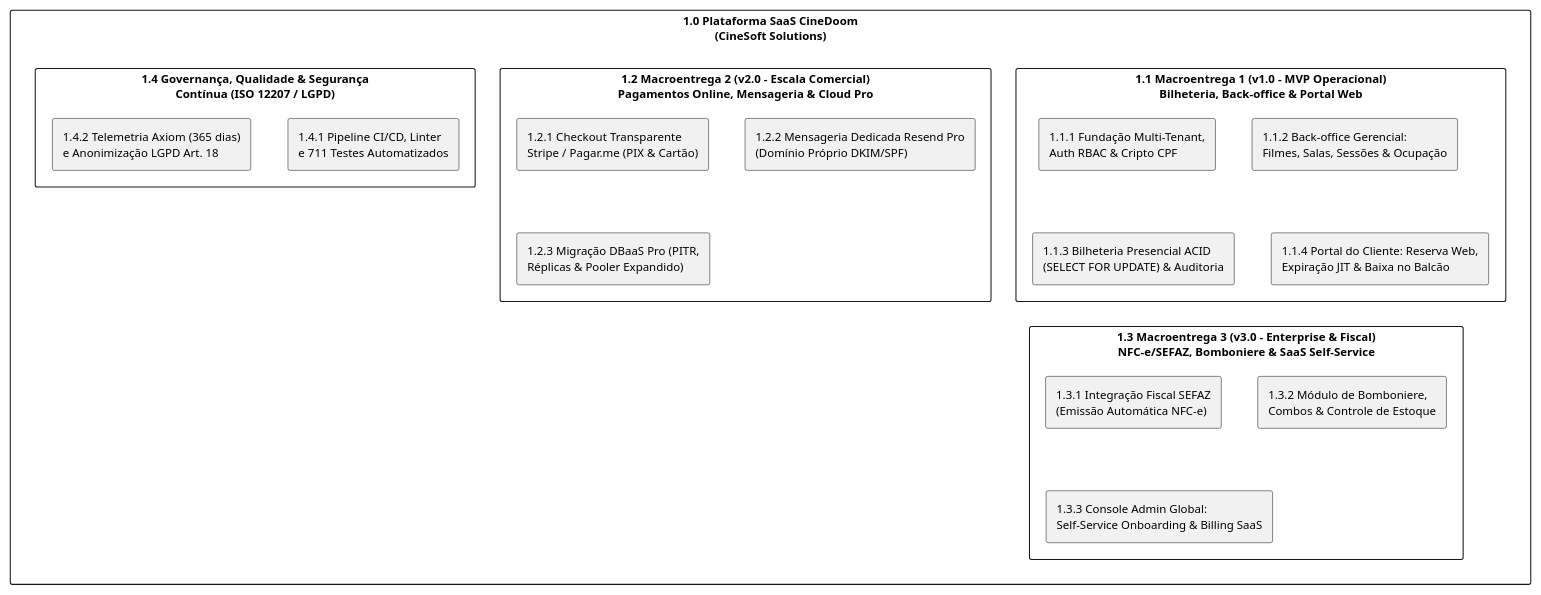
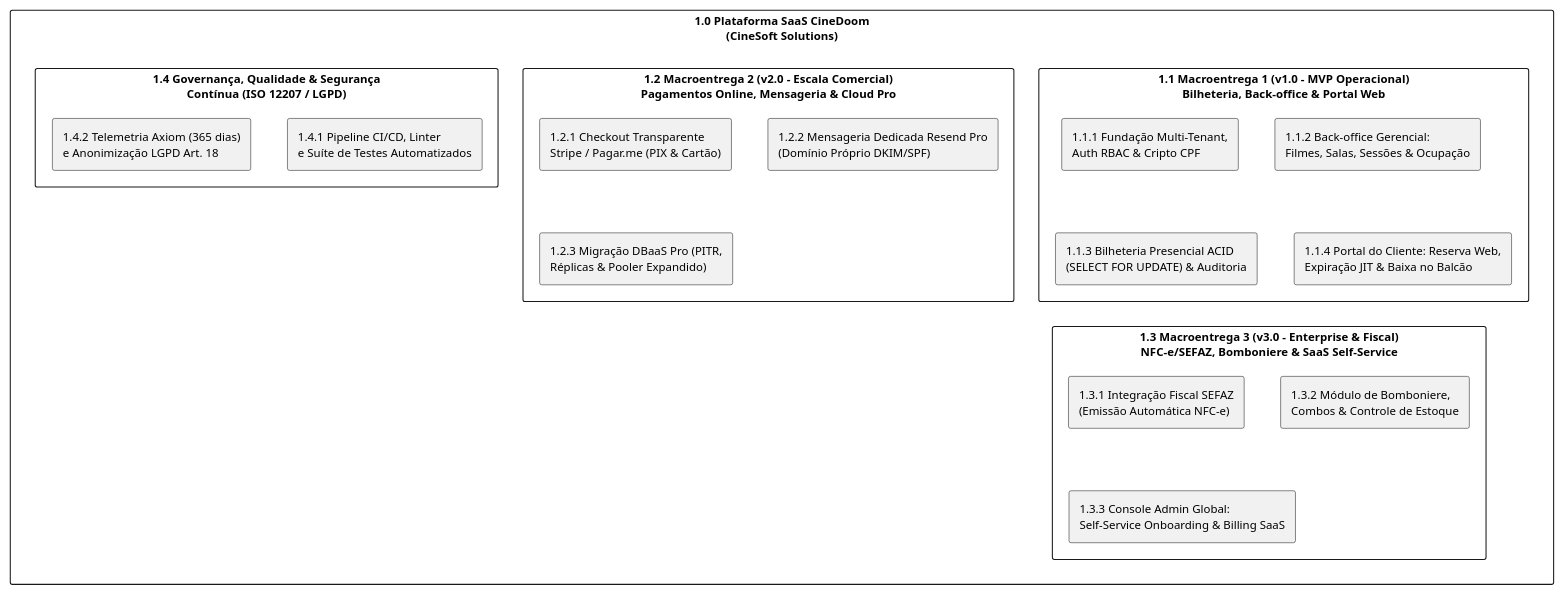
One commit to CINESOFT-SOLUTIONS/manual-processos-software changed the first of 6 diagrams in manual/capitulos/04-gerenciamento-tecnico.md. Above: the diagram before and after it, drawn with PlantUML. The commit also changed other lines of this file, not shown here.

Commit message:
feat(docs): update project management plan and timeline in technical management chapter

````diff
--- a/manual/capitulos/04-gerenciamento-tecnico.md
+++ b/manual/capitulos/04-gerenciamento-tecnico.md
@@ -11,32 +11,32 @@
 ```plantuml
 @startuml
 skinparam monochrome true
 skinparam shadowing false
 skinparam defaultFontName Helvetica
 skinparam defaultFontSize 11
 skinparam roundcorner 4
 
 rectangle "1.0 Plataforma SaaS CineDoom\n(CineSoft Solutions)" as Root {
   rectangle "1.1 Macroentrega 1 (v1.0 - MVP Operacional)\nBilheteria, Back-office & Portal Web" as M1 {
     rectangle "1.1.1 Fundação Multi-Tenant,\nAuth RBAC & Cripto CPF" as M1_1
     rectangle "1.1.2 Back-office Gerencial:\nFilmes, Salas, Sessões & Ocupação" as M1_2
     rectangle "1.1.3 Bilheteria Presencial ACID\n(SELECT FOR UPDATE) & Auditoria" as M1_3
     rectangle "1.1.4 Portal do Cliente: Reserva Web,\nExpiração JIT & Baixa no Balcão" as M1_4
   }
   rectangle "1.2 Macroentrega 2 (v2.0 - Escala Comercial)\nPagamentos Online, Mensageria & Cloud Pro" as M2 {
     rectangle "1.2.1 Checkout Transparente\nStripe / Pagar.me (PIX & Cartão)" as M2_1
     rectangle "1.2.2 Mensageria Dedicada Resend Pro\n(Domínio Próprio DKIM/SPF)" as M2_2
     rectangle "1.2.3 Migração DBaaS Pro (PITR,\nRéplicas & Pooler Expandido)" as M2_3
   }
   rectangle "1.3 Macroentrega 3 (v3.0 - Enterprise & Fiscal)\nNFC-e/SEFAZ, Bomboniere & SaaS Self-Service" as M3 {
     rectangle "1.3.1 Integração Fiscal SEFAZ\n(Emissão Automática NFC-e)" as M3_1
     rectangle "1.3.2 Módulo de Bomboniere,\nCombos & Controle de Estoque" as M3_2
     rectangle "1.3.3 Console Admin Global:\nSelf-Service Onboarding & Billing SaaS" as M3_3
   }
   rectangle "1.4 Governança, Qualidade & Segurança\nContínua (ISO 12207 / LGPD)" as GOV {
-    rectangle "1.4.1 Pipeline CI/CD, Linter\ne 711 Testes Automatizados" as GOV_1
+    rectangle "1.4.1 Pipeline CI/CD, Linter\ne Suíte de Testes Automatizados" as GOV_1
     rectangle "1.4.2 Telemetria Axiom (365 dias)\ne Anonimização LGPD Art. 18" as GOV_2
   }
 }
 @enduml
 ```
````
